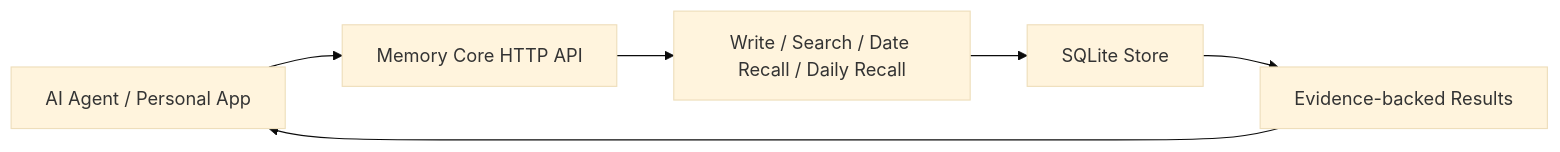
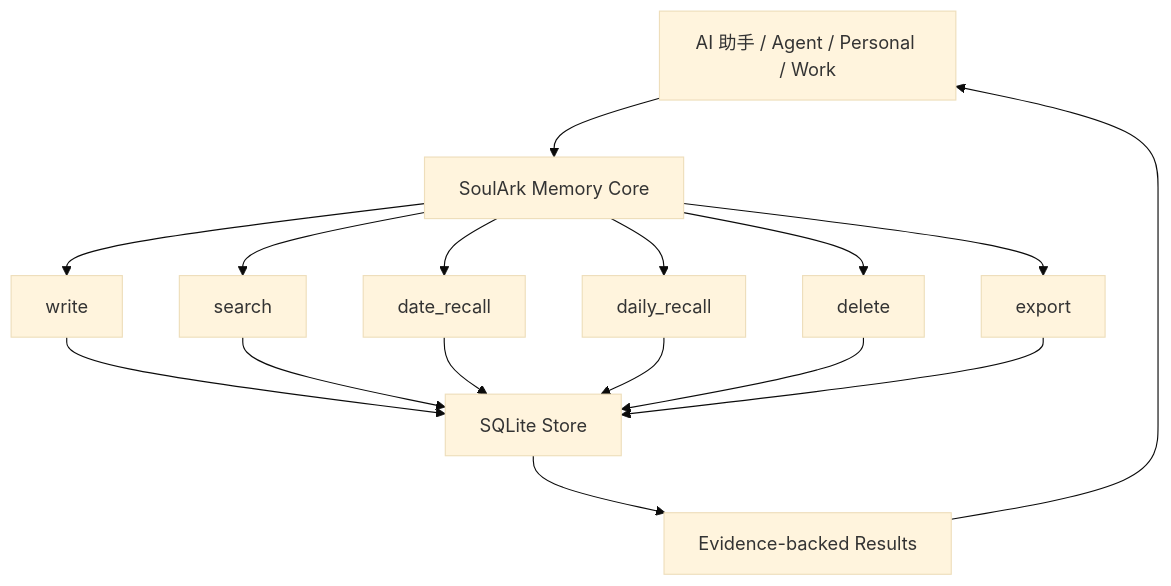
The first of 2 diagrams in README.md (sologhostsolo/soulark-memory-core), drawn with Mermaid (base theme) before and after one commit. The commit also changed other lines of this file and 2 other files, not shown here.

````diff
--- a/README.md
+++ b/README.md
@@ -25,8 +34,18 @@
 ```mermaid
-flowchart LR
-    A["AI Agent / Personal App"] --> B["Memory Core HTTP API"]
-    B --> C["Write / Search / Date Recall / Daily Recall"]
-    C --> D["SQLite Store"]
-    D --> E["Evidence-backed Results"]
-    E --> A
+flowchart TD
+    A["AI 助手 / Agent / Personal / Work"] --> B["SoulArk Memory Core"]
+    B --> C["write"]
+    B --> D["search"]
+    B --> E["date_recall"]
+    B --> F["daily_recall"]
+    B --> G["delete"]
+    B --> H["export"]
+    C --> I["SQLite Store"]
+    D --> I
+    E --> I
+    F --> I
+    G --> I
+    H --> I
+    I --> J["Evidence-backed Results"]
+    J --> A
 ```
````
